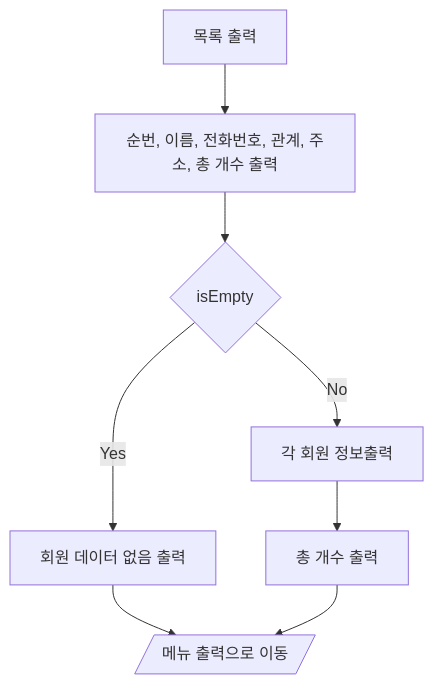
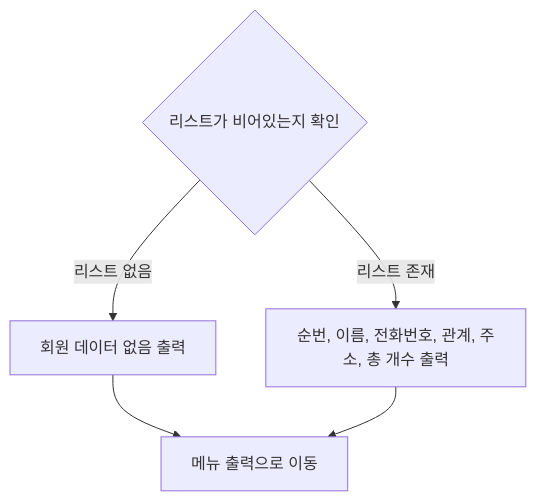
The diagram in docs/flowchart_IMH/list.md (Happy-o3ov/big20-python-project1-team3), drawn with Mermaid before and after one commit. The commit also changed 16 other files, not shown here.

Commit message:
Add flowchart and remove other users' data

````diff
--- a/docs/flowchart_IMH/list.md
+++ b/docs/flowchart_IMH/list.md
@@ -2,12 +2,13 @@
 ```mermaid
 flowchart TD
-    List[목록 출력] --> DataList[순번, 이름, 전화번호, 관계, 주소, 총 개수 출력]
-    DataList --> CheckList{"isEmpty"}
-    CheckList -->|Yes| EmptyMsg[회원 데이터 없음 출력]
-    EmptyMsg --> ReturnMenu[/메뉴 출력으로 이동/]
+    check_list{"리스트가 비어있는지 확인"}
+    empty_msg[회원 데이터 없음 출력]
+    return_menu[메뉴 출력으로 이동]
+    data_list[순번, 이름, 전화번호, 관계, 주소, 총 개수 출력]
 
-    CheckList -->|No| LoopList[각 회원 정보출력]
-    LoopList --> ShowCount[총 개수 출력]
-    ShowCount --> ReturnMenu[/메뉴 출력으로 이동/]
+    check_list -->|리스트 없음| empty_msg
+    empty_msg --> return_menu
+
+    check_list -->|리스트 존재| data_list --> return_menu
 
 ```
````
